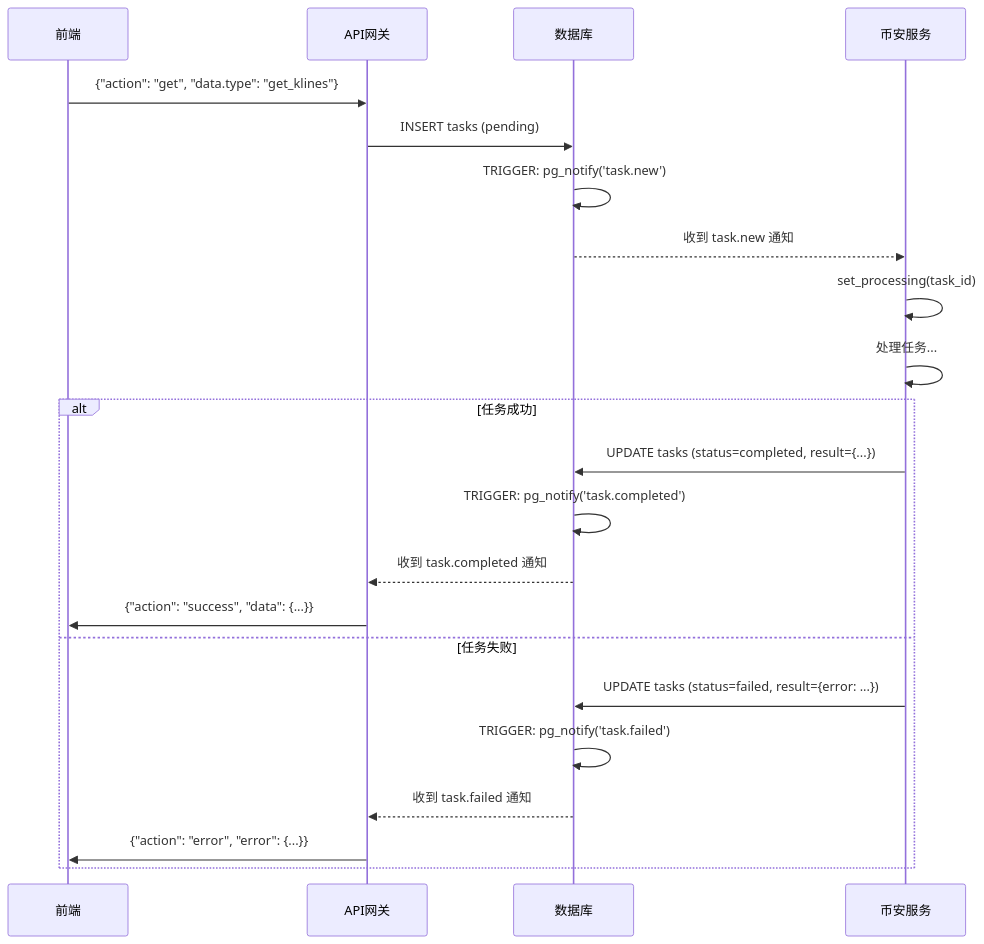
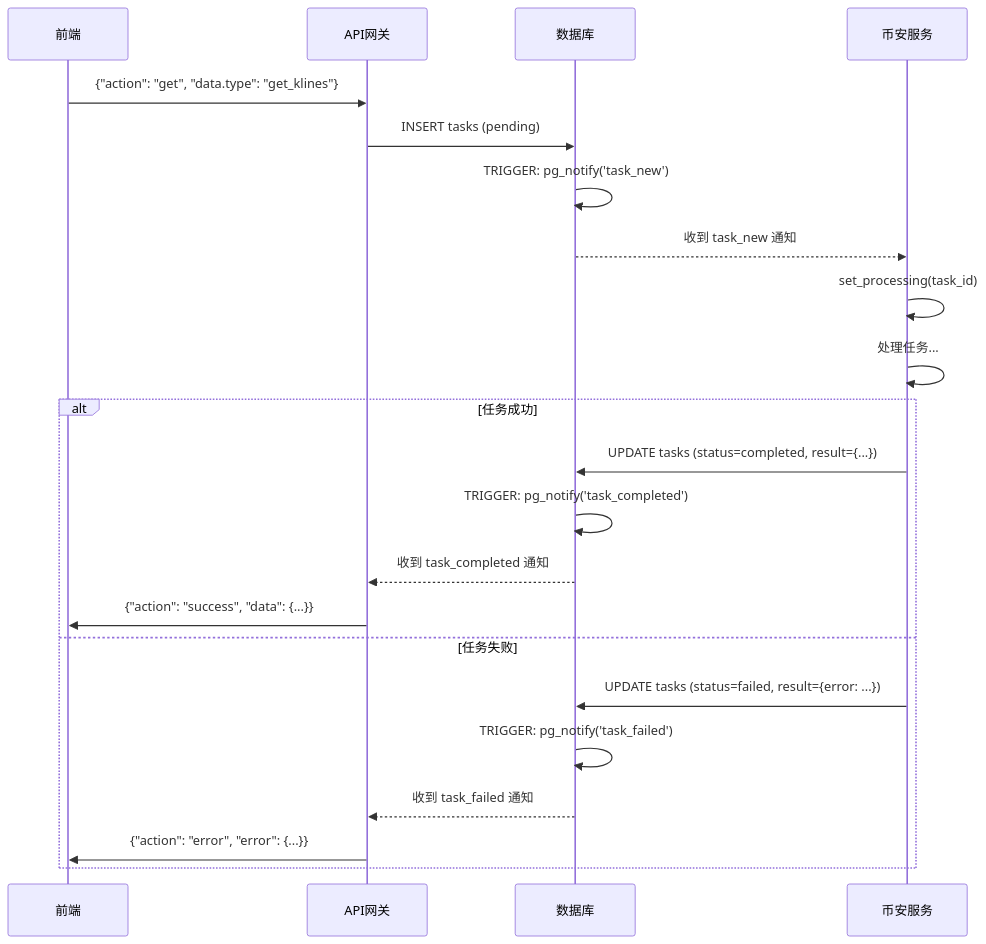
The first of 8 diagrams in docs/backend/design/01-task-subscription.md (mj2154/quant-trading-system-2602), drawn with Mermaid before and after one commit. The commit also changed other lines of this file and 32 other files, not shown here.

````diff
--- a/docs/backend/design/01-task-subscription.md
+++ b/docs/backend/design/01-task-subscription.md
@@ -859,26 +859,26 @@
 ```mermaid
 sequenceDiagram
     participant Front as 前端
     participant APIGW as API网关
     participant DB as 数据库
     participant Binance as 币安服务
 
     Front->>APIGW: {"action": "get", "data.type": "get_klines"}
     APIGW->>DB: INSERT tasks (pending)
-    DB->>DB: TRIGGER: pg_notify('task.new')
-    DB-->>Binance: 收到 task.new 通知
+    DB->>DB: TRIGGER: pg_notify('task_new')
+    DB-->>Binance: 收到 task_new 通知
     Binance->>Binance: set_processing(task_id)
     Binance->>Binance: 处理任务...
 
     alt 任务成功
         Binance->>DB: UPDATE tasks (status=completed, result={...})
-        DB->>DB: TRIGGER: pg_notify('task.completed')
-        DB-->>APIGW: 收到 task.completed 通知
+        DB->>DB: TRIGGER: pg_notify('task_completed')
+        DB-->>APIGW: 收到 task_completed 通知
         APIGW->>Front: {"action": "success", "data": {...}}
     else 任务失败
         Binance->>DB: UPDATE tasks (status=failed, result={error: ...})
-        DB->>DB: TRIGGER: pg_notify('task.failed')
-        DB-->>APIGW: 收到 task.failed 通知
+        DB->>DB: TRIGGER: pg_notify('task_failed')
+        DB-->>APIGW: 收到 task_failed 通知
         APIGW->>Front: {"action": "error", "error": {...}}
     end
 ```
````
